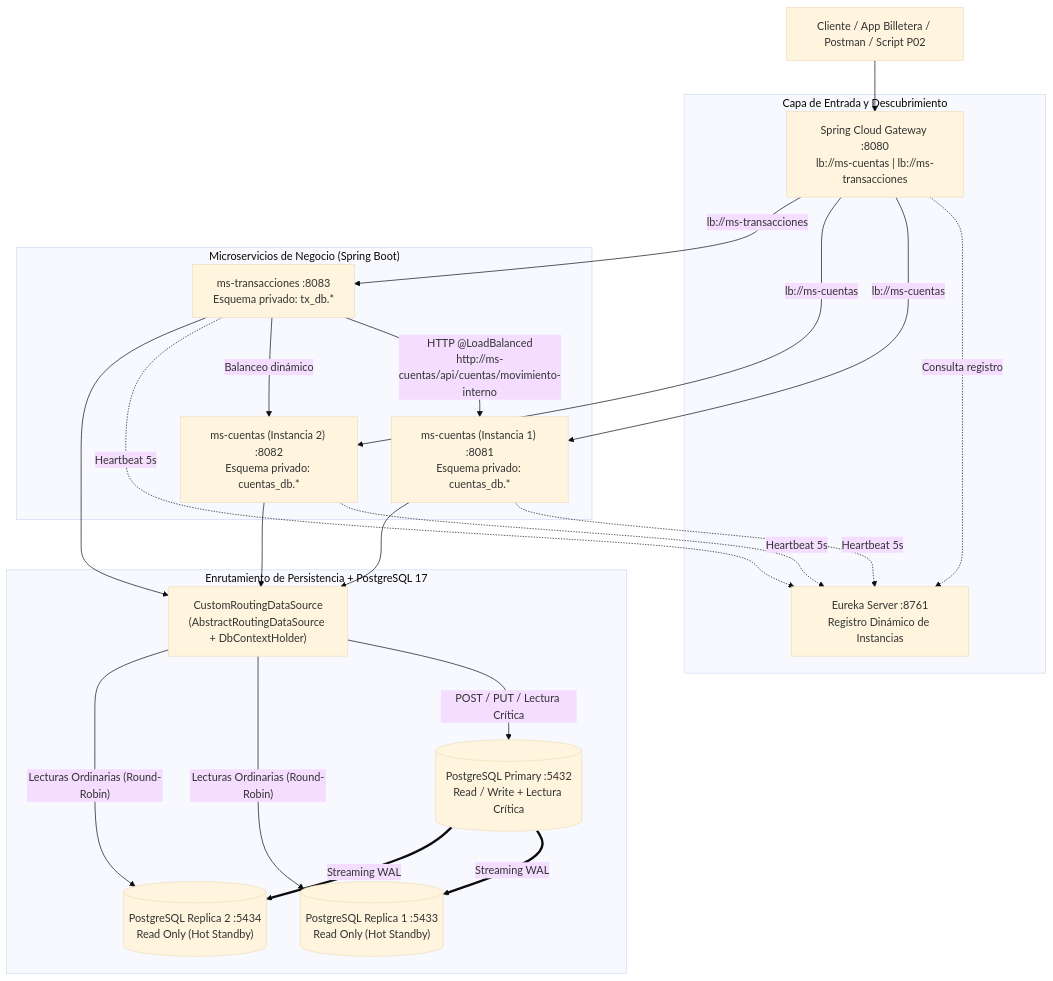
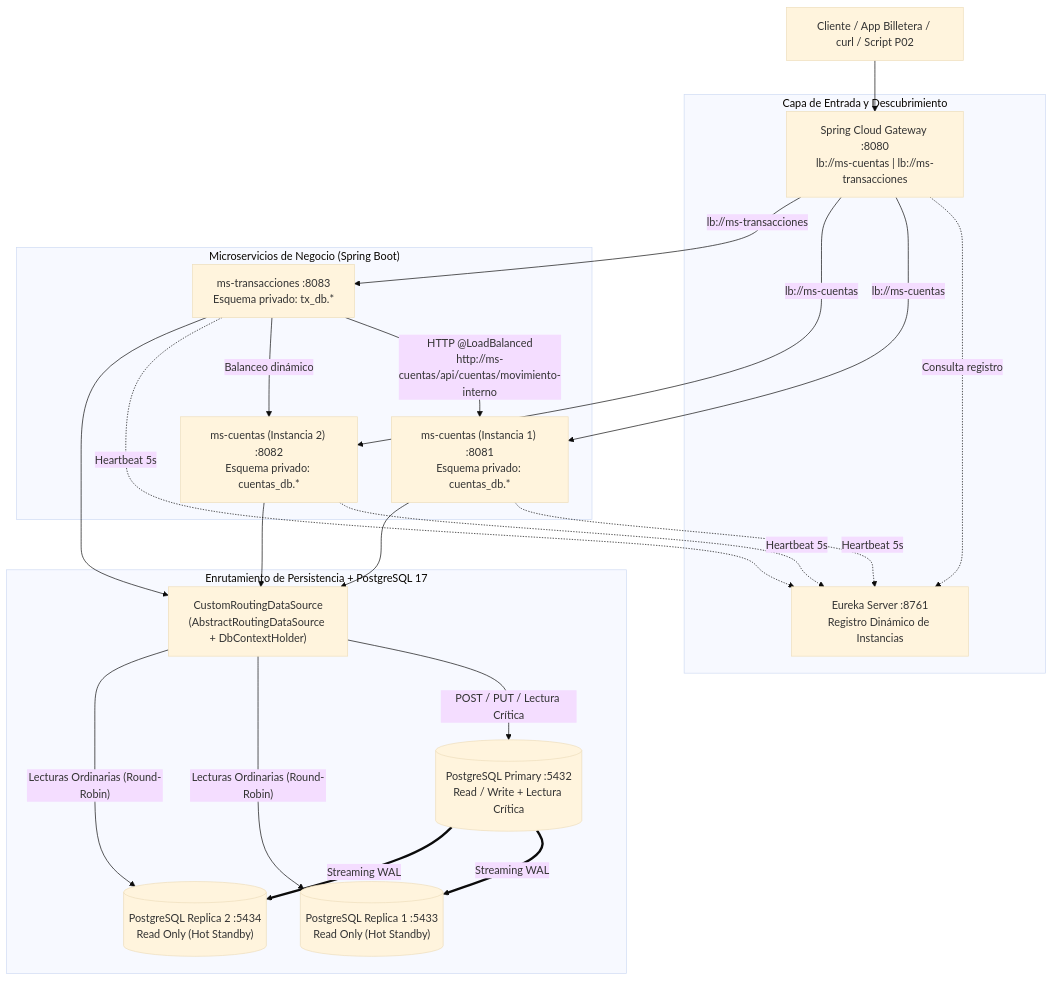
The diagram in docs/srs/02-descripcion-general/01-perspectiva-producto.md (Soulsilver-awsd/spring-es-god), drawn with Mermaid (base theme) before and after one commit. The commit also changed 22 other files, not shown here.

````diff
--- a/docs/srs/02-descripcion-general/01-perspectiva-producto.md
+++ b/docs/srs/02-descripcion-general/01-perspectiva-producto.md
@@ -7,43 +7,43 @@
 ```mermaid
 flowchart TB
-    Client["Cliente / App Billetera / Postman / Script P02"]
+    Client["Cliente / App Billetera / curl / Script P02"]
 
     subgraph Edge["Capa de Entrada y Descubrimiento"]
         GW["Spring Cloud Gateway :8080\nlb://ms-cuentas | lb://ms-transacciones"]
         EU["Eureka Server :8761\nRegistro Dinámico de Instancias"]
         GW -. "Consulta registro" .-> EU
     end
 
     subgraph Microservices["Microservicios de Negocio (Spring Boot)"]
         CTA1["ms-cuentas (Instancia 1) :8081\nEsquema privado: cuentas_db.*"]
         CTA2["ms-cuentas (Instancia 2) :8082\nEsquema privado: cuentas_db.*"]
         TRX["ms-transacciones :8083\nEsquema privado: tx_db.*"]
 
         TRX -- "HTTP @LoadBalanced\nhttp://ms-cuentas/api/cuentas/movimiento-interno" --> CTA1
         TRX -- "Balanceo dinámico" --> CTA2
         CTA1 -. "Heartbeat 5s" .-> EU
         CTA2 -. "Heartbeat 5s" .-> EU
         TRX -. "Heartbeat 5s" .-> EU
     end
 
     subgraph Persistence["Enrutamiento de Persistencia + PostgreSQL 17"]
         ROUTER["CustomRoutingDataSource\n(AbstractRoutingDataSource + DbContextHolder)"]
         PGP[("PostgreSQL Primary :5432\nRead / Write + Lectura Crítica")]
         PGR1[("PostgreSQL Replica 1 :5433\nRead Only (Hot Standby)")]
         PGR2[("PostgreSQL Replica 2 :5434\nRead Only (Hot Standby)")]
 
         CTA1 --> ROUTER
         CTA2 --> ROUTER
         TRX --> ROUTER
         ROUTER -- "POST / PUT / Lectura Crítica" --> PGP
         ROUTER -- "Lecturas Ordinarias (Round-Robin)" --> PGR1
         ROUTER -- "Lecturas Ordinarias (Round-Robin)" --> PGR2
         PGP == "Streaming WAL" ==> PGR1
         PGP == "Streaming WAL" ==> PGR2
     end
 
     Client --> GW
     GW -- "lb://ms-cuentas" --> CTA1
     GW -- "lb://ms-cuentas" --> CTA2
     GW -- "lb://ms-transacciones" --> TRX
 ```
````
